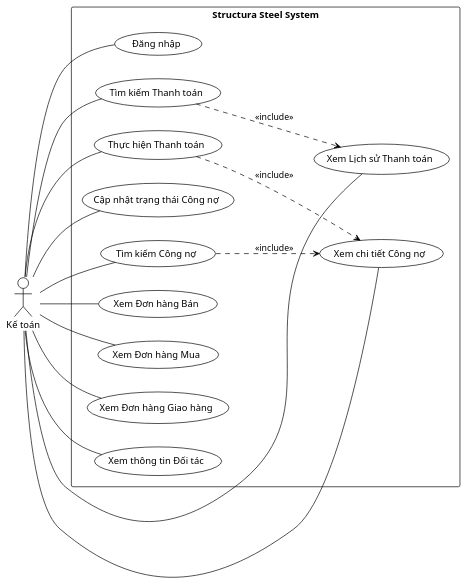
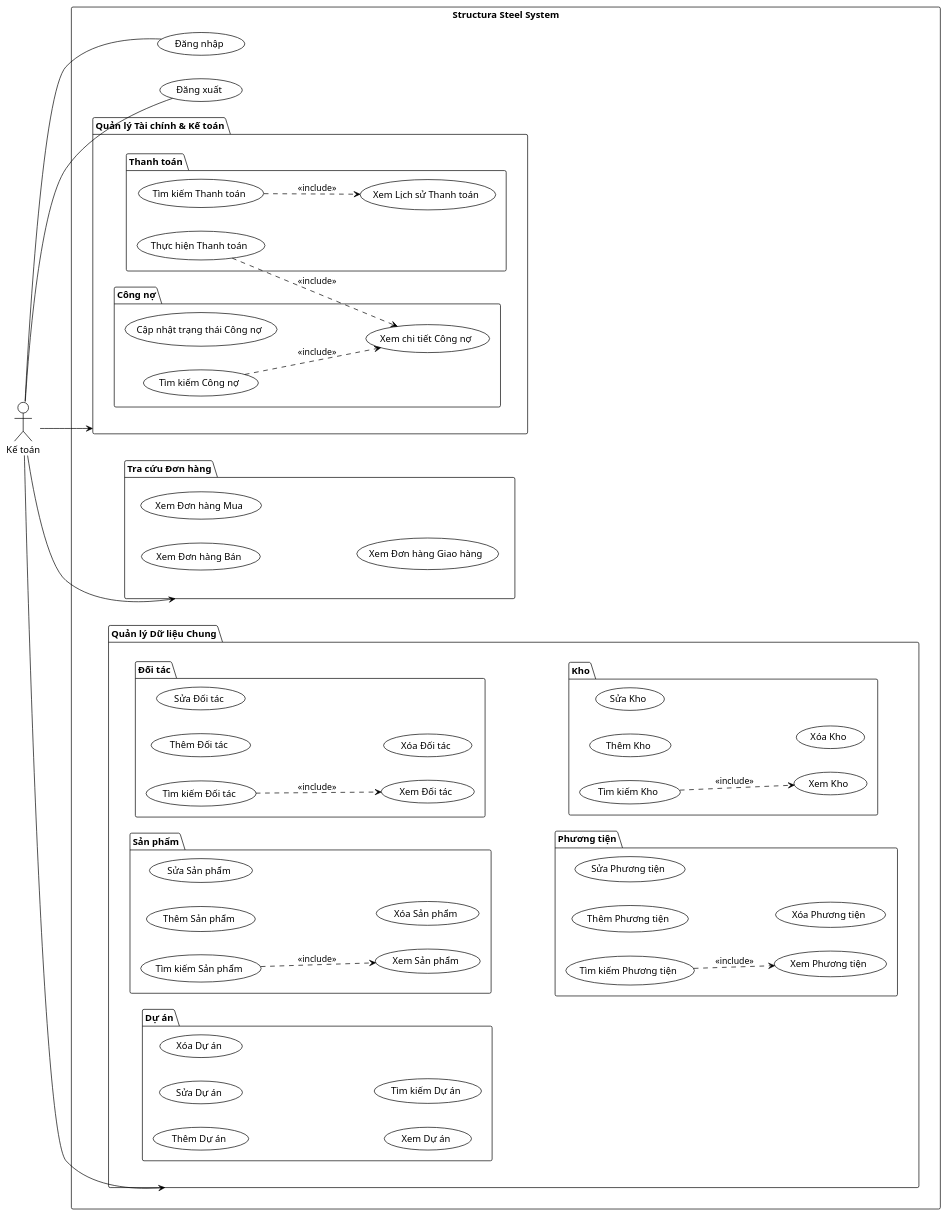
Before and after one commit to AndrewNguyen-05/structura-uml: the diagram in Chapter 5/Usecase/Usscase_Accountant.puml, drawn with PlantUML. The commit also changed 7 other files, not shown here.

```diff
--- a/Chapter 5/Usecase/Usscase_Accountant.puml
+++ b/Chapter 5/Usecase/Usscase_Accountant.puml
@@ -1,49 +1,88 @@
 @startuml Usecase_Accountant
 !theme plain
 
 left to right direction
 actor "Kế toán" as Accountant
 
 rectangle "Structura Steel System" {
     usecase "Đăng nhập" as UC_Login
+    usecase "Đăng xuất" as UC_Logout
 
-    ' --- Thanh toán ---
-    usecase "Thực hiện Thanh toán" as UC_MakePayment
-    usecase "Xem Lịch sử Thanh toán" as UC_ViewPayments
-    usecase "Tìm kiếm Thanh toán" as UC_SearchPayments
+    ' --- Gói chức năng Tài chính & Kế toán ---
+    package "Quản lý Tài chính & Kế toán" {
+        package "Thanh toán" {
+            usecase "Thực hiện Thanh toán" as UC_MakePayment
+            usecase "Xem Lịch sử Thanh toán" as UC_ViewPayments
+            usecase "Tìm kiếm Thanh toán" as UC_SearchPayments
+        }
+        package "Công nợ" {
+            usecase "Xem chi tiết Công nợ" as UC_ViewDebt
+            usecase "Cập nhật trạng thái Công nợ" as UC_UpdateDebtStatus
+            usecase "Tìm kiếm Công nợ" as UC_SearchDebt
+        }
+    }
 
-    ' --- Công nợ ---
-    usecase "Xem chi tiết Công nợ" as UC_ViewDebt
-    usecase "Cập nhật trạng thái Công nợ" as UC_UpdateDebtStatus
-    usecase "Tìm kiếm Công nợ" as UC_SearchDebt
+    ' --- Gói chức năng Tra cứu Đơn hàng ---
+    package "Tra cứu Đơn hàng" {
+        usecase "Xem Đơn hàng Bán" as UC_ViewSale
+        usecase "Xem Đơn hàng Mua" as UC_ViewPurchase
+        usecase "Xem Đơn hàng Giao hàng" as UC_ViewDelivery
+    }
 
-    ' --- Đơn hàng ---
-    usecase "Xem Đơn hàng Bán" as UC_ViewSale
-    usecase "Xem Đơn hàng Mua" as UC_ViewPurchase
-    usecase "Xem Đơn hàng Giao hàng" as UC_ViewDelivery
-
-    ' --- Đối tác ---
-    usecase "Xem thông tin Đối tác" as UC_ViewPartner
+    ' --- Gói chức năng Quản lý Dữ liệu ---
+    package "Quản lý Dữ liệu Chung" {
+        package "Đối tác" {
+            usecase "Thêm Đối tác" as UC_AddPartner
+            usecase "Sửa Đối tác" as UC_EditPartner
+            usecase "Xóa Đối tác" as UC_DeletePartner
+            usecase "Xem Đối tác" as UC_ViewPartner
+            usecase "Tìm kiếm Đối tác" as UC_SearchPartner
+        }
+        package "Sản phẩm" {
+            usecase "Thêm Sản phẩm" as UC_AddProduct
+            usecase "Sửa Sản phẩm" as UC_EditProduct
+            usecase "Xóa Sản phẩm" as UC_DeleteProduct
+            usecase "Xem Sản phẩm" as UC_ViewProduct
+            usecase "Tìm kiếm Sản phẩm" as UC_SearchProduct
+        }
+        package "Dự án" {
+            usecase "Thêm Dự án" as UC_AddProject
+            usecase "Sửa Dự án" as UC_EditProject
+            usecase "Xóa Dự án" as UC_DeleteProject
+            usecase "Xem Dự án" as UC_ViewProject
+            usecase "Tìm kiếm Dự án" as UC_SearchProject
+        }
+        package "Kho" {
+            usecase "Thêm Kho" as UC_AddWarehouse
+            usecase "Sửa Kho" as UC_EditWarehouse
+            usecase "Xóa Kho" as UC_DeleteWarehouse
+            usecase "Xem Kho" as UC_ViewWarehouse
+            usecase "Tìm kiếm Kho" as UC_SearchWarehouse
+        }
+        package "Phương tiện" {
+            usecase "Thêm Phương tiện" as UC_AddVehicle
+            usecase "Sửa Phương tiện" as UC_EditVehicle
+            usecase "Xóa Phương tiện" as UC_DeleteVehicle
+            usecase "Xem Phương tiện" as UC_ViewVehicle
+            usecase "Tìm kiếm Phương tiện" as UC_SearchVehicle
+        }
+    }
 }
 
-' --- Quan hệ ---
+' --- Kết nối rút gọn từ Actor tới các Package ---
+Accountant --> (Quản lý Tài chính & Kế toán)
+Accountant --> (Tra cứu Đơn hàng)
+Accountant --> (Quản lý Dữ liệu Chung)
 Accountant -- UC_Login
-Accountant -- UC_MakePayment
-Accountant -- UC_ViewPayments
-Accountant -- UC_SearchPayments
+Accountant -- UC_Logout
 
-Accountant -- UC_ViewDebt
-Accountant -- UC_UpdateDebtStatus
-Accountant -- UC_SearchDebt
 
-Accountant -- UC_ViewSale
-Accountant -- UC_ViewPurchase
-Accountant -- UC_ViewDelivery
-
-Accountant -- UC_ViewPartner
-
-' --- Include ---
+' --- Include relationships (giữ nguyên) ---
 UC_MakePayment ..> UC_ViewDebt : <<include>>
 UC_SearchPayments ..> UC_ViewPayments : <<include>>
 UC_SearchDebt ..> UC_ViewDebt : <<include>>
+UC_SearchPartner ..> UC_ViewPartner : <<include>>
+UC_SearchProduct ..> UC_ViewProduct : <<include>>
+UC_SearchWarehouse ..> UC_ViewWarehouse : <<include>>
+UC_SearchVehicle ..> UC_ViewVehicle : <<include>>
 @enduml
```
